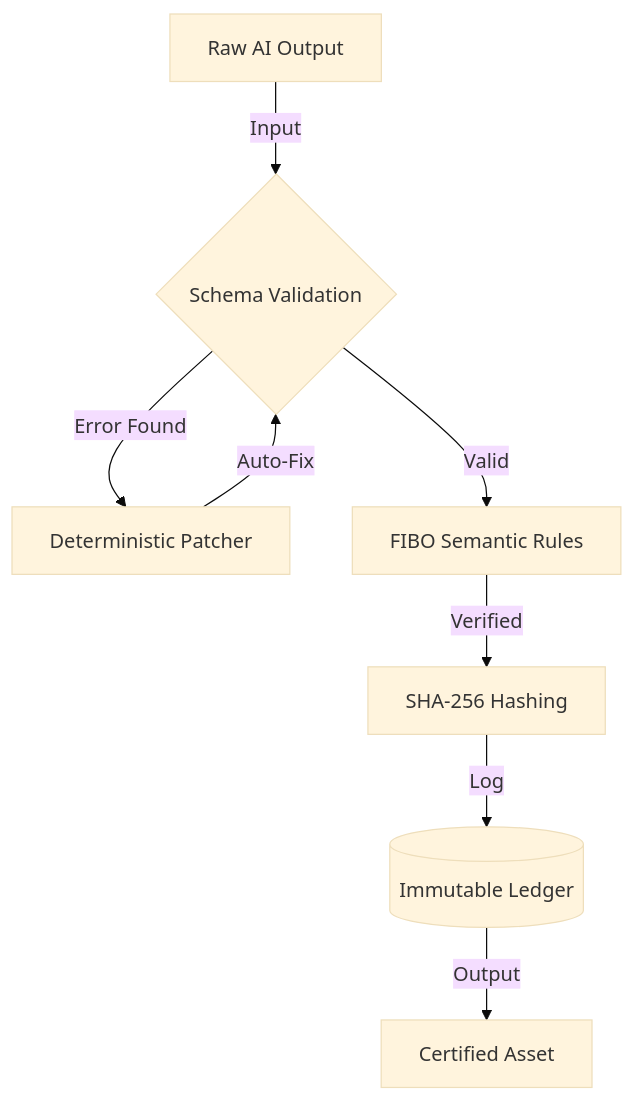
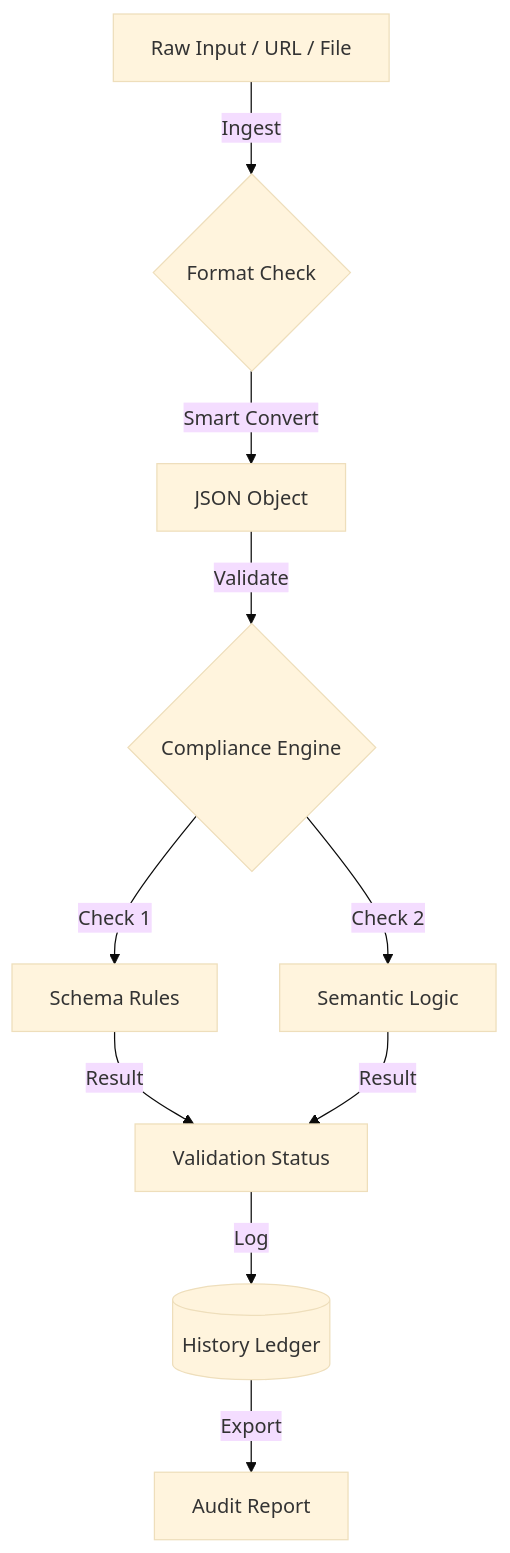
Before and after one commit to otegbeyeabimbola/Blueprint-Builder-FIBO-: the diagram in README.md, drawn with Mermaid (base theme). The commit also changed other lines of this file, not shown here.

First line of the commit message:
Rename project to Blueprint Compliance Engine

`````diff
--- a/README.md
+++ b/README.md
@@ -43,10 +50,11 @@
 ```mermaid
 graph TD
-    A[Raw AI Output] -->|Input| B{Schema Validation}
-    B -->|Error Found| C[Deterministic Patcher]
-    C -->|Auto-Fix| B
-    B -->|Valid| D[FIBO Semantic Rules]
-    D -->|Verified| E[SHA-256 Hashing]
-    E -->|Log| F[(Immutable Ledger)]
-    F -->|Output| G[Certified Asset]
+    A[Raw Input / URL / File] -->|Ingest| B{Format Check}
+    B -->|Smart Convert| C[JSON Object]
+    C -->|Validate| D{Compliance Engine}
+    D -->|Check 1| E[Schema Rules]
+    D -->|Check 2| F[Semantic Logic]
+    E & F -->|Result| G[Validation Status]
+    G -->|Log| H[(History Ledger)]
+    H -->|Export| I[Audit Report]
 ````
`````
